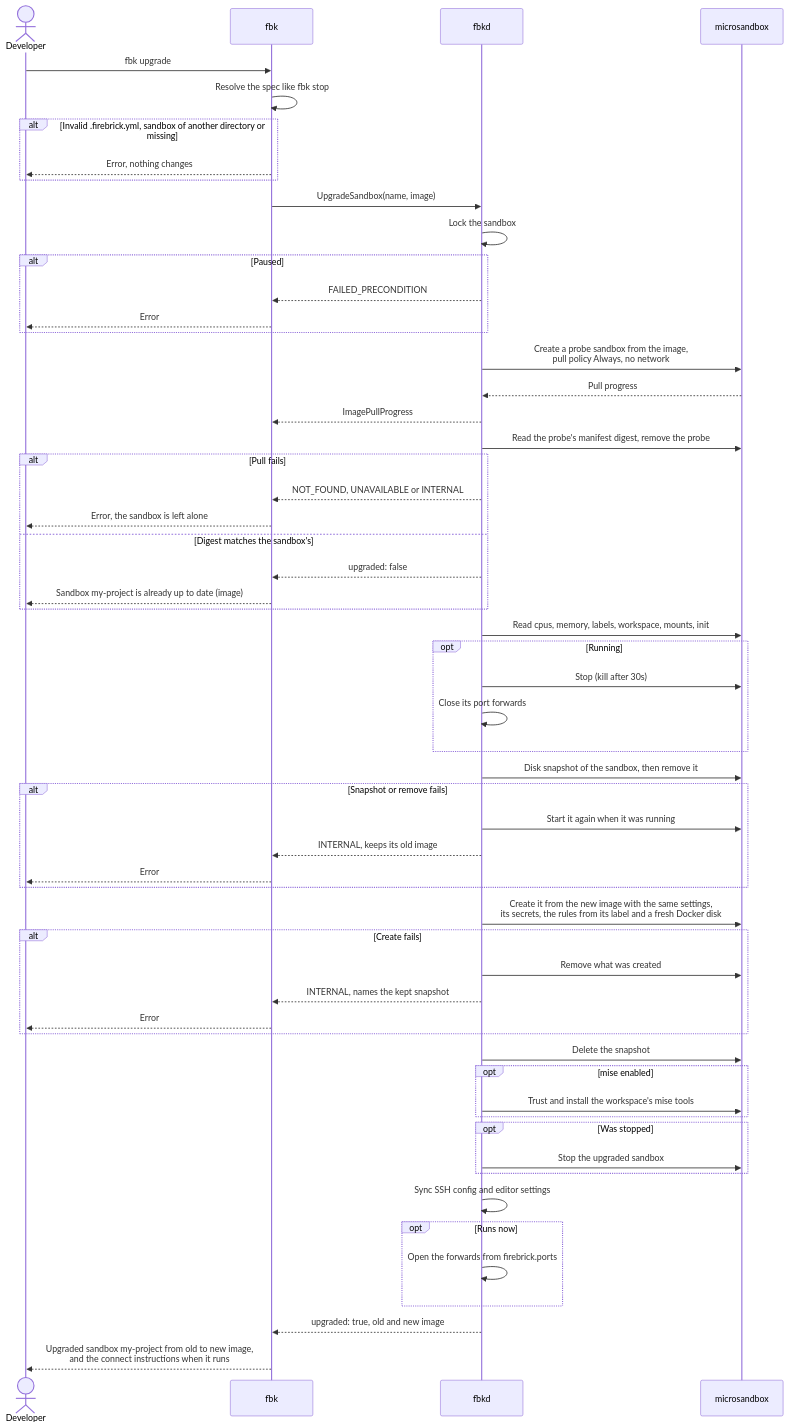
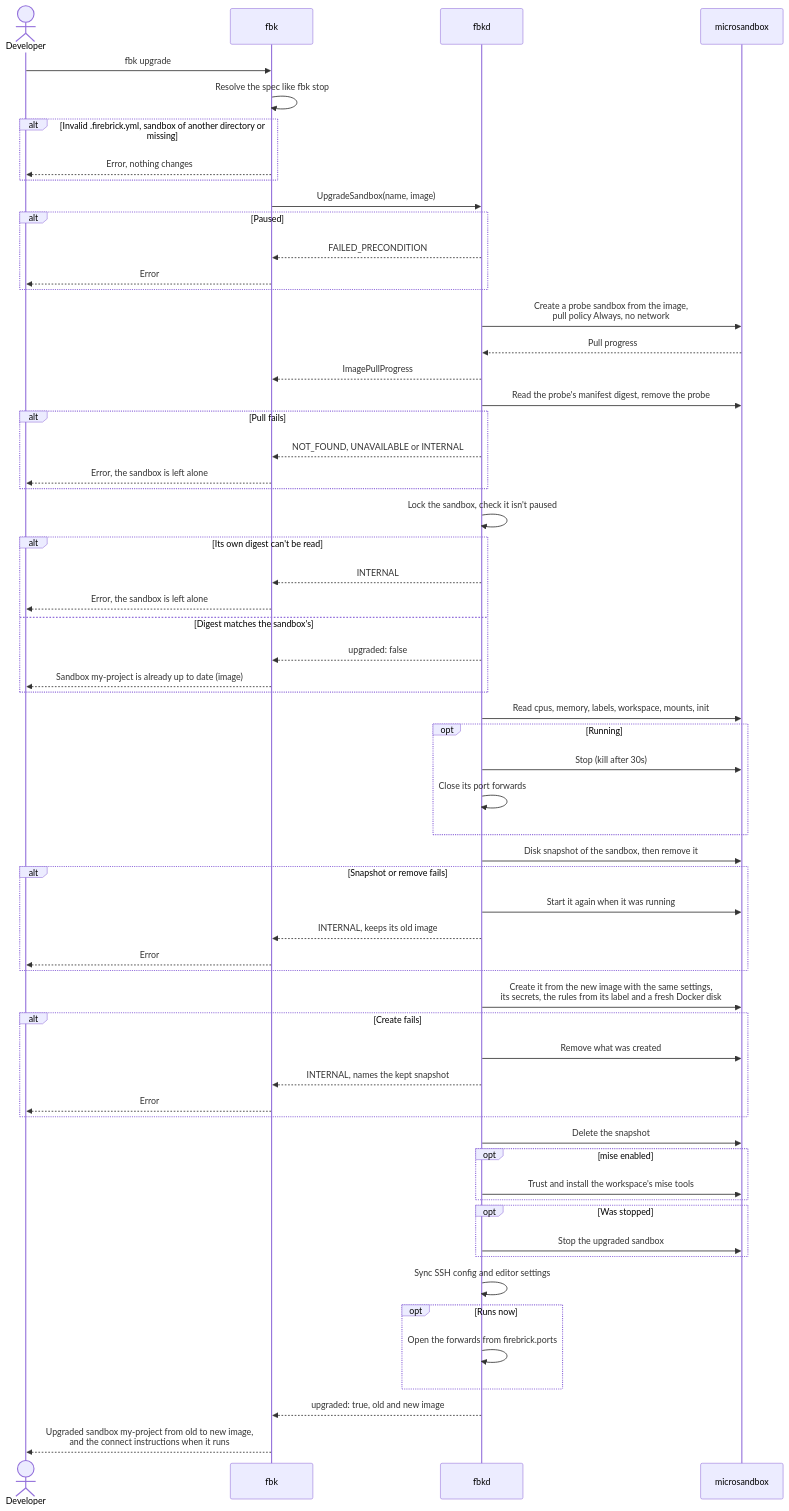
One commit to wmeints/firebrick changed the ninth of 13 diagrams in docs/architecture/06-runtime-view.md. Above: the diagram before and after it, drawn with Mermaid. The commit also changed other lines of this file and 8 other files, not shown here.

````diff
--- a/docs/architecture/06-runtime-view.md
+++ b/docs/architecture/06-runtime-view.md
@@ -824,60 +824,64 @@
 ```mermaid
 sequenceDiagram
     actor Dev as Developer
     participant CLI as fbk
     participant D as fbkd
     participant MS as microsandbox
 
     Dev->>CLI: fbk upgrade
     CLI->>CLI: Resolve the spec like fbk stop
     alt Invalid .firebrick.yml, sandbox of another directory or missing
         CLI-->>Dev: Error, nothing changes
     end
     CLI->>D: UpgradeSandbox(name, image)
-    D->>D: Lock the sandbox
     alt Paused
         D-->>CLI: FAILED_PRECONDITION
         CLI-->>Dev: Error
     end
     D->>MS: Create a probe sandbox from the image,<br/>pull policy Always, no network
     MS-->>D: Pull progress
     D-->>CLI: ImagePullProgress
     D->>MS: Read the probe's manifest digest, remove the probe
     alt Pull fails
         D-->>CLI: NOT_FOUND, UNAVAILABLE or INTERNAL
+        CLI-->>Dev: Error, the sandbox is left alone
+    end
+    D->>D: Lock the sandbox, check it isn't paused
+    alt Its own digest can't be read
+        D-->>CLI: INTERNAL
         CLI-->>Dev: Error, the sandbox is left alone
     else Digest matches the sandbox's
         D-->>CLI: upgraded: false
         CLI-->>Dev: Sandbox my-project is already up to date (image)
     end
     D->>MS: Read cpus, memory, labels, workspace, mounts, init
     opt Running
         D->>MS: Stop (kill after 30s)
         D->>D: Close its port forwards
     end
     D->>MS: Disk snapshot of the sandbox, then remove it
     alt Snapshot or remove fails
         D->>MS: Start it again when it was running
         D-->>CLI: INTERNAL, keeps its old image
         CLI-->>Dev: Error
     end
     D->>MS: Create it from the new image with the same settings,<br/>its secrets, the rules from its label and a fresh Docker disk
     alt Create fails
         D->>MS: Remove what was created
         D-->>CLI: INTERNAL, names the kept snapshot
         CLI-->>Dev: Error
     end
     D->>MS: Delete the snapshot
     opt mise enabled
         D->>MS: Trust and install the workspace's mise tools
     end
     opt Was stopped
         D->>MS: Stop the upgraded sandbox
     end
     D->>D: Sync SSH config and editor settings
     opt Runs now
         D->>D: Open the forwards from firebrick.ports
     end
     D-->>CLI: upgraded: true, old and new image
     CLI-->>Dev: Upgraded sandbox my-project from old to new image,<br/>and the connect instructions when it runs
 ```
````
